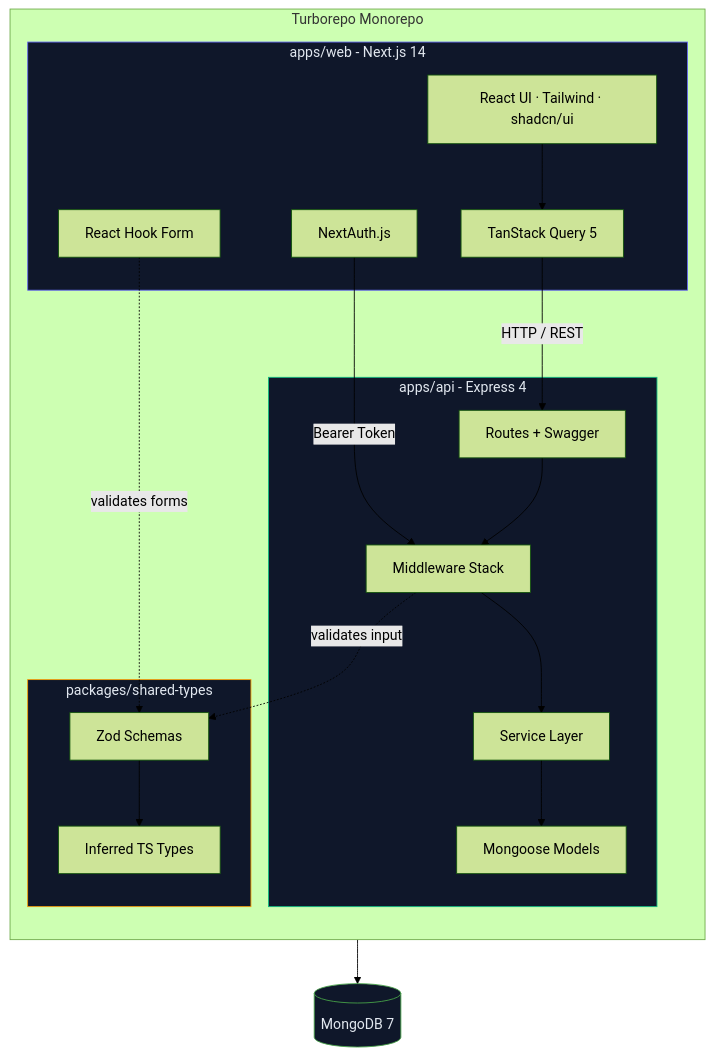
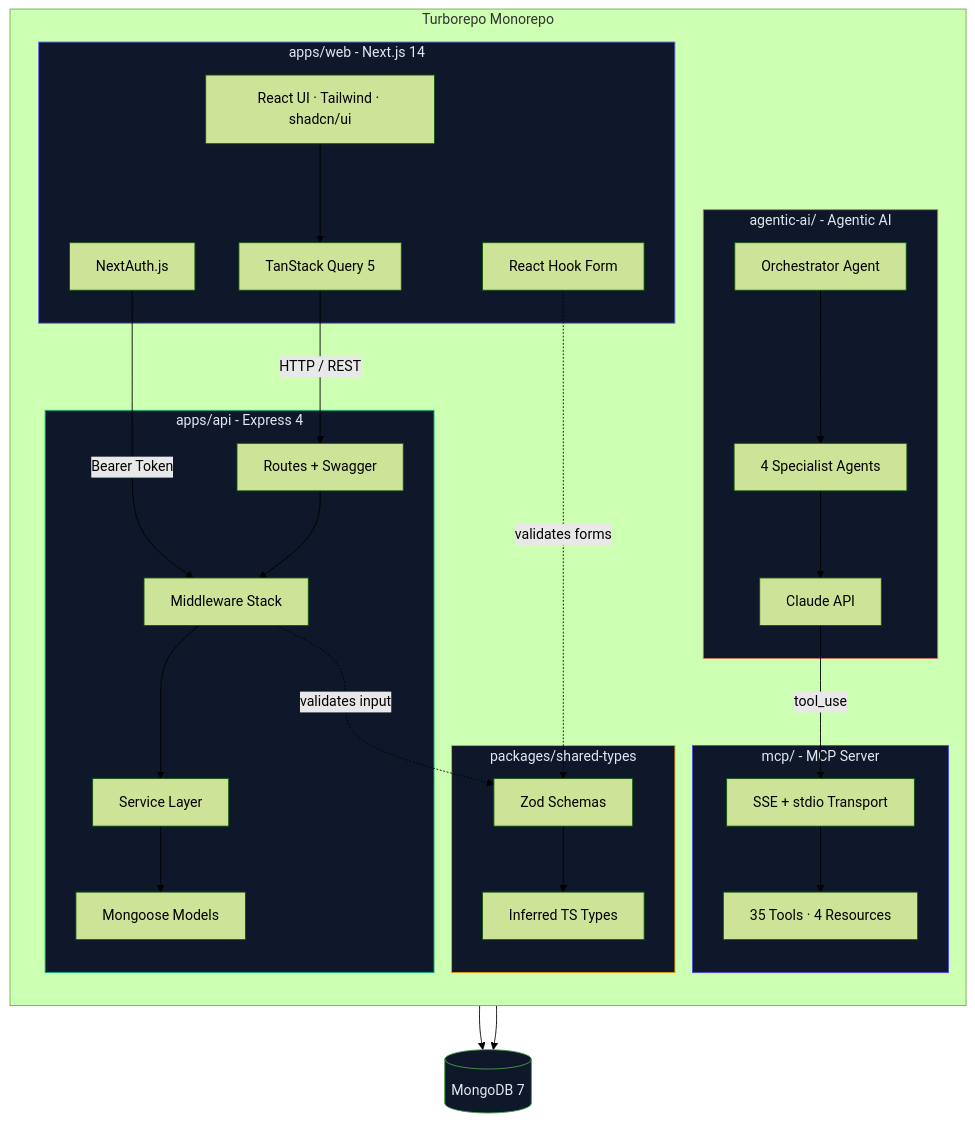
The first of 25 diagrams in ARCHITECTURE.md (Anto1712/WealthWise-Finance-Tracker), drawn with Mermaid (forest theme) before and after one commit. The commit also changed other lines of this file and 9 other files, not shown here.

````diff
--- a/ARCHITECTURE.md
+++ b/ARCHITECTURE.md
@@ -89,40 +91,56 @@
 ```mermaid
 graph TB
     subgraph Monorepo["Turborepo Monorepo"]
         direction TB
 
         subgraph Frontend["apps/web - Next.js 14"]
             UI["React UI · Tailwind · shadcn/ui"]
             RQ["TanStack Query 5"]
             NA["NextAuth.js"]
             RHF["React Hook Form"]
         end
 
         subgraph Backend["apps/api - Express 4"]
             Routes["Routes + Swagger"]
             MW["Middleware Stack"]
             SVC["Service Layer"]
             MDL["Mongoose Models"]
         end
 
         subgraph Shared["packages/shared-types"]
             ZS["Zod Schemas"]
             TS["Inferred TS Types"]
         end
+
+        subgraph MCPServer["mcp/ - MCP Server"]
+            MCPTools["35 Tools · 4 Resources"]
+            MCPTransport["SSE + stdio Transport"]
+        end
+
+        subgraph AgenticAI["agentic-ai/ - Agentic AI"]
+            Orchestrator["Orchestrator Agent"]
+            Specialists["4 Specialist Agents"]
+            ClaudeAPI["Claude API"]
+        end
     end
 
     DB[(MongoDB 7)]
 
     UI --> RQ
     RQ -- "HTTP / REST" --> Routes
     NA -- "Bearer Token" --> MW
     RHF -. "validates forms" .-> ZS
     Routes --> MW --> SVC --> MDL --> DB
     MW -. "validates input" .-> ZS
     ZS --> TS
+    Orchestrator --> Specialists --> ClaudeAPI
+    ClaudeAPI -- "tool_use" --> MCPTransport
+    MCPTransport --> MCPTools --> DB
 
     style Frontend fill:#0f172a,stroke:#6366f1,color:#e2e8f0
     style Backend fill:#0f172a,stroke:#10b981,color:#e2e8f0
     style Shared fill:#0f172a,stroke:#f59e0b,color:#e2e8f0
+    style MCPServer fill:#0f172a,stroke:#4f46e5,color:#e2e8f0
+    style AgenticAI fill:#0f172a,stroke:#cc785c,color:#e2e8f0
     style DB fill:#0f172a,stroke:#47a248,color:#e2e8f0
 ```
````
